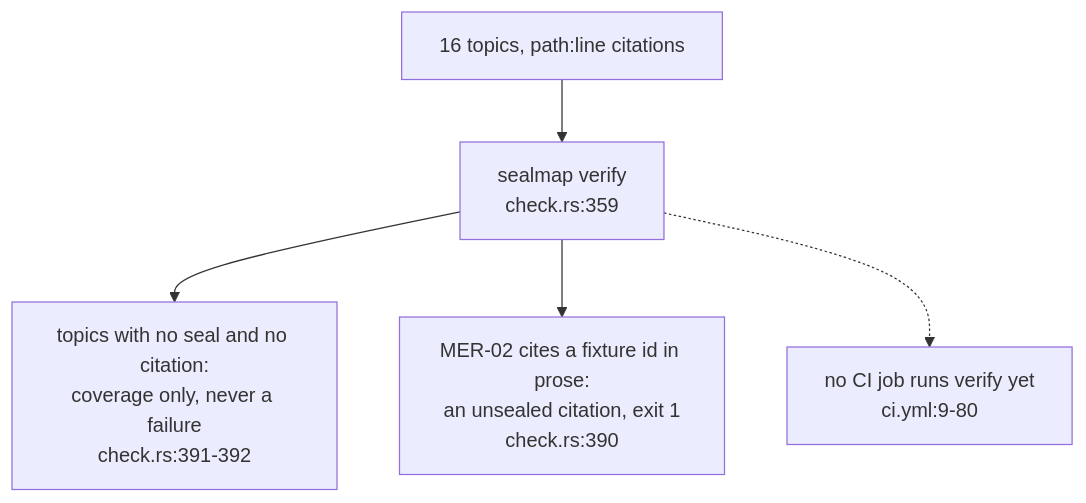
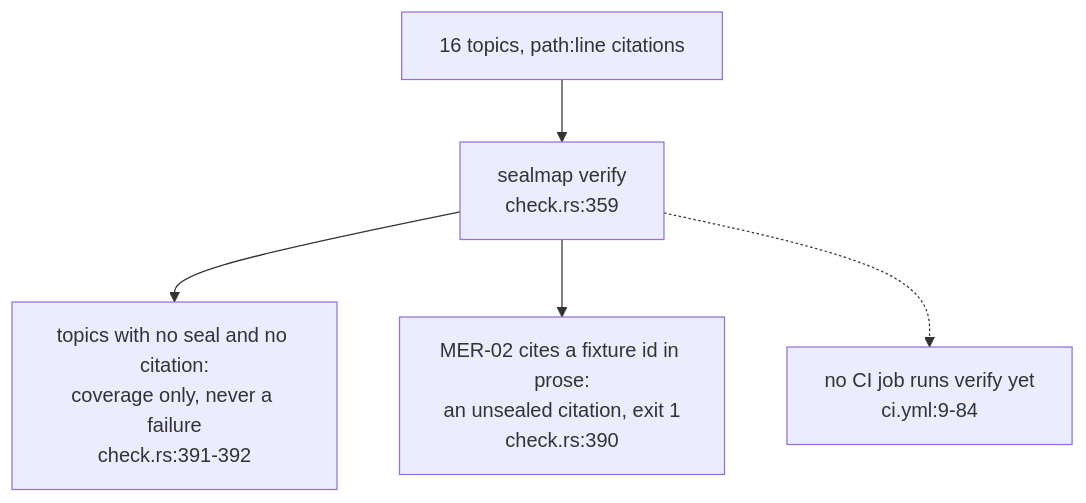
One commit to DreamLab-AI/codemaid changed the sixth of 6 diagrams in docs/diagrams/delivery/02-design-versus-code.md. Above: the diagram before and after it, drawn with Mermaid. The commit also changed other lines of this file and 23 other files, not shown here.

````diff
--- a/docs/diagrams/delivery/02-design-versus-code.md
+++ b/docs/diagrams/delivery/02-design-versus-code.md
@@ -243,12 +244,12 @@
 ```mermaid
 flowchart TB
     T["16 topics, path:line citations"]
     V["sealmap verify<br/>check.rs:359"]
     C["topics with no seal and no citation:<br/>coverage only, never a failure<br/>check.rs:391-392"]
     M["MER-02 cites a fixture id in prose:<br/>an unsealed citation, exit 1<br/>check.rs:390"]
-    CI["no CI job runs verify yet<br/>ci.yml:9-80"]
+    CI["no CI job runs verify yet<br/>ci.yml:9-84"]
     T --> V
     V --> C
     V --> M
     V -.-> CI
 ```
````
